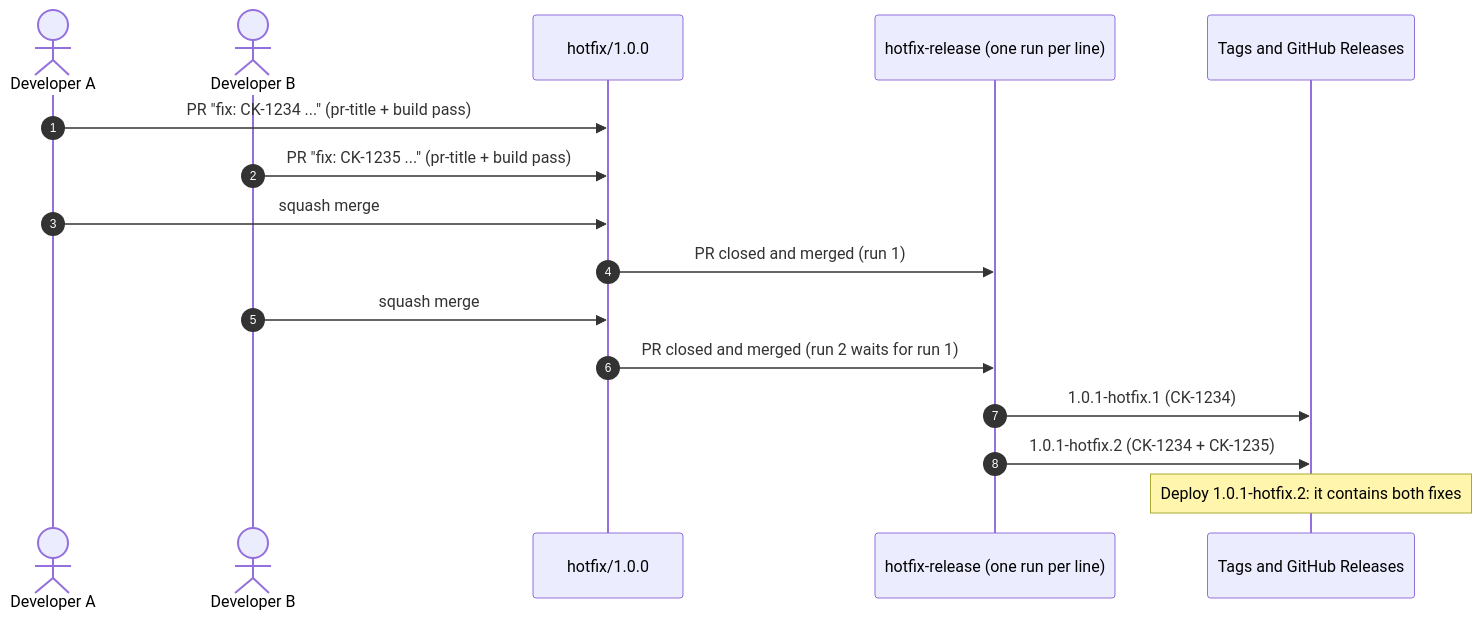
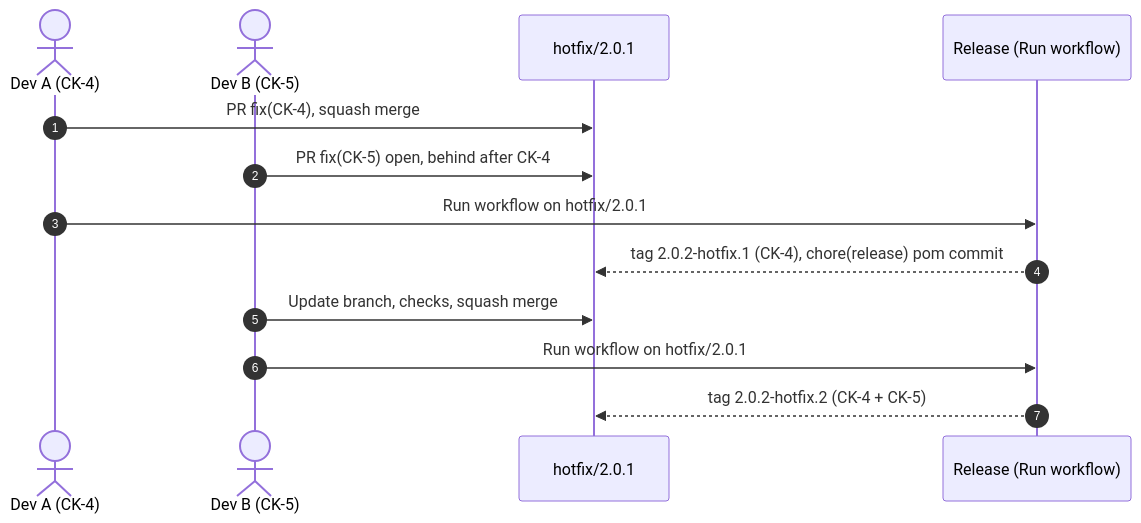
The fourth of 4 diagrams in README.md (avall/homelab-poc-semantic-version), drawn with Mermaid before and after one commit. The commit also changed other lines of this file and 64 other files, not shown here.

````diff
--- a/README.md
+++ b/README.md
@@ -88,19 +242,15 @@
 ```mermaid
 sequenceDiagram
-    autonumber
-    actor A as Developer A
-    actor B as Developer B
-    participant L as hotfix/1.0.0
-    participant HR as hotfix-release (one run per line)
-    participant GH as Tags and GitHub Releases
-
-    A->>L: PR "fix: CK-1234 ..." (pr-title + build pass)
-    B->>L: PR "fix: CK-1235 ..." (pr-title + build pass)
-    A->>L: squash merge
-    L->>HR: PR closed and merged (run 1)
-    B->>L: squash merge
-    L->>HR: PR closed and merged (run 2 waits for run 1)
-    HR->>GH: 1.0.1-hotfix.1 (CK-1234)
-    HR->>GH: 1.0.1-hotfix.2 (CK-1234 + CK-1235)
-    Note over GH: Deploy 1.0.1-hotfix.2: it contains both fixes
+  autonumber
+  actor A as Dev A (CK-4)
+  actor B as Dev B (CK-5)
+  participant H as hotfix/2.0.1
+  participant R as Release (Run workflow)
+  A->>H: PR fix(CK-4), squash merge
+  B->>H: PR fix(CK-5) open, behind after CK-4
+  A->>R: Run workflow on hotfix/2.0.1
+  R-->>H: tag 2.0.2-hotfix.1 (CK-4), chore(release) pom commit
+  B->>H: Update branch, checks, squash merge
+  B->>R: Run workflow on hotfix/2.0.1
+  R-->>H: tag 2.0.2-hotfix.2 (CK-4 + CK-5)
 ```
````
